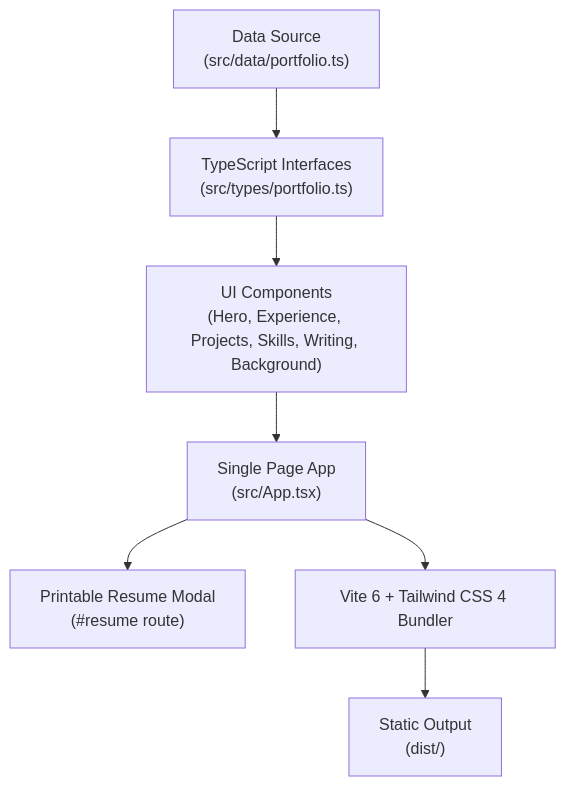
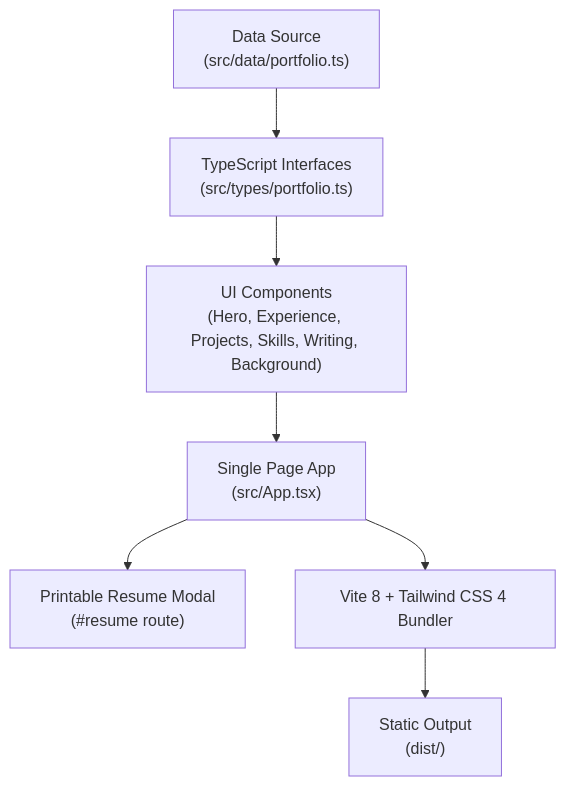
Before and after one commit to akazad13/akazad13.github.io: the diagram in README.md, drawn with Mermaid. The commit also changed other lines of this file and 3 other files, not shown here.

````diff
--- a/README.md
+++ b/README.md
@@ -74,9 +74,9 @@
 ```mermaid
 flowchart TD
     Data["Data Source<br/>(src/data/portfolio.ts)"] --> Types["TypeScript Interfaces<br/>(src/types/portfolio.ts)"]
     Types --> UI["UI Components<br/>(Hero, Experience, Projects, Skills, Writing, Background)"]
     UI --> App["Single Page App<br/>(src/App.tsx)"]
     App --> ResumeModal["Printable Resume Modal<br/>(#resume route)"]
-    App --> Vite["Vite 6 + Tailwind CSS 4 Bundler"]
+    App --> Vite["Vite 8 + Tailwind CSS 4 Bundler"]
     Vite --> Dist["Static Output<br/>(dist/)"]
 ```
````
